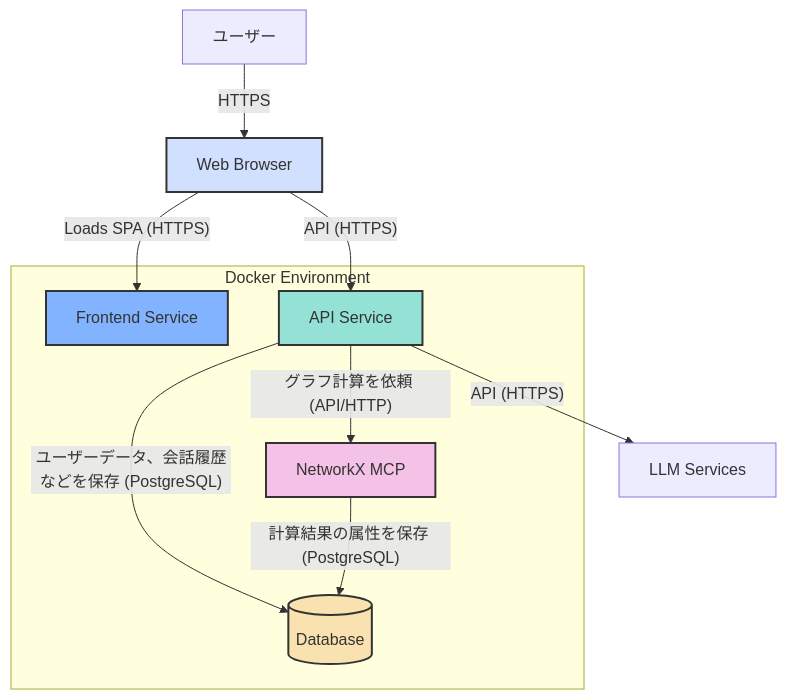
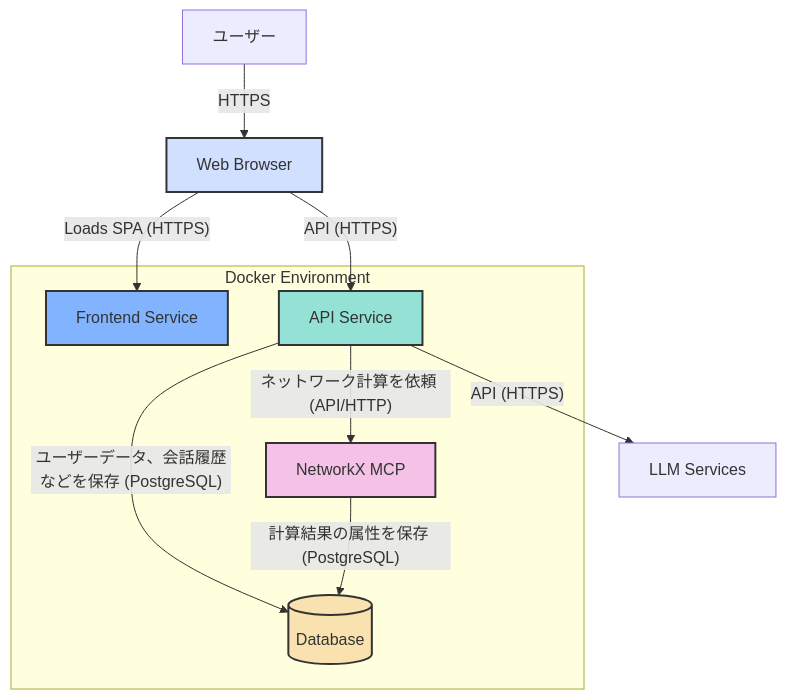
Before and after one commit to vdslab/LLMGraphvis: the second of 2 diagrams in specification/Architecture.md, drawn with Mermaid. The commit also changed other lines of this file and 7 other files, not shown here.

````diff
--- a/specification/Architecture.md
+++ b/specification/Architecture.md
@@ -35,25 +35,25 @@
 ```mermaid
 graph TD
     user[ユーザー] -- "HTTPS" --> webBrowser["Web Browser"]
 
     subgraph "Docker Environment"
         frontendService["Frontend Service"]
         apiService["API Service"]
         networkXMCP["NetworkX MCP"]
         database[("Database")]
     end
 
     webBrowser -- "Loads SPA (HTTPS)" --> frontendService
     webBrowser -- "API (HTTPS)" --> apiService
 
-    apiService -- "グラフ計算を依頼 (API/HTTP)" --> networkXMCP
+    apiService -- "ネットワーク計算を依頼 (API/HTTP)" --> networkXMCP
     apiService -- "ユーザーデータ、会話履歴などを保存 (PostgreSQL)" --> database
     networkXMCP -- "計算結果の属性を保存 (PostgreSQL)" --> database
     apiService -- "API (HTTPS)" --> llmService[LLM Services]
 
     style webBrowser fill:#d1e0ff,stroke:#333,stroke-width:2px
     style frontendService fill:#82b3ff,stroke:#333,stroke-width:2px
     style apiService fill:#94e2d5,stroke:#333,stroke-width:2px
     style networkXMCP fill:#f5c2e7,stroke:#333,stroke-width:2px
     style database fill:#f9e2af,stroke:#333,stroke-width:2px
 ```
````
